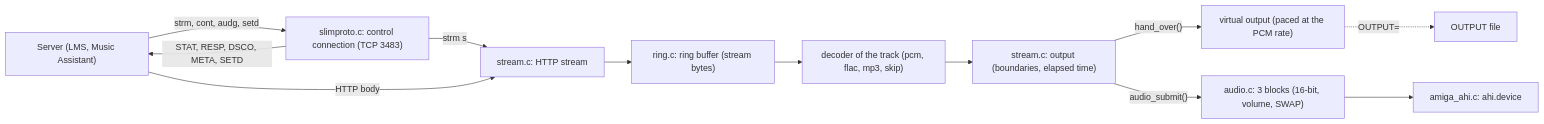
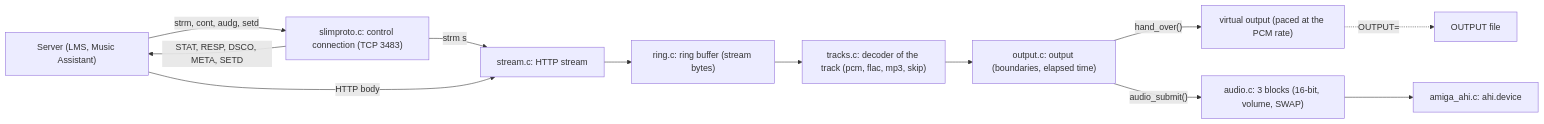
Before and after one commit to shadow38/amiga-network-music: the first of 4 diagrams in docs/development/architecture.md, drawn with Mermaid. The commit also changed other lines of this file and 10 other files, not shown here.

````diff
--- a/docs/development/architecture.md
+++ b/docs/development/architecture.md
@@ -17,22 +17,22 @@
 ```mermaid
 flowchart LR
     server["Server (LMS, Music Assistant)"]
     slim["slimproto.c: control connection (TCP 3483)"]
     http["stream.c: HTTP stream"]
     ring["ring.c: ring buffer (stream bytes)"]
-    dec["decoder of the track (pcm, flac, mp3, skip)"]
-    out["stream.c: output (boundaries, elapsed time)"]
+    dec["tracks.c: decoder of the track (pcm, flac, mp3, skip)"]
+    out["output.c: output (boundaries, elapsed time)"]
     virt["virtual output (paced at the PCM rate)"]
     file["OUTPUT file"]
     blocks["audio.c: 3 blocks (16-bit, volume, SWAP)"]
     ahi["amiga_ahi.c: ahi.device"]
 
     server -->|"strm, cont, audg, setd"| slim
     slim -->|"STAT, RESP, DSCO, META, SETD"| server
     slim -->|"strm s"| http
     server -->|"HTTP body"| http
     http --> ring --> dec --> out
     out -->|"hand_over()"| virt
     virt -.->|"OUTPUT="| file
     out -->|"audio_submit()"| blocks --> ahi
 ```
````
